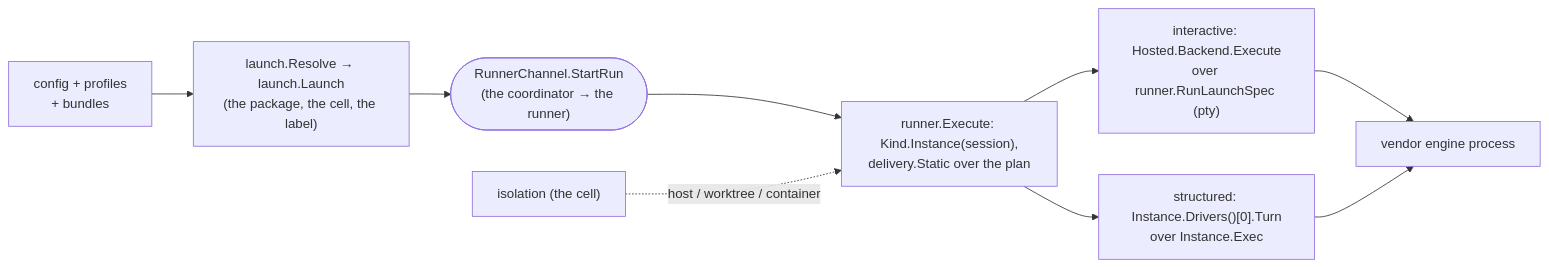
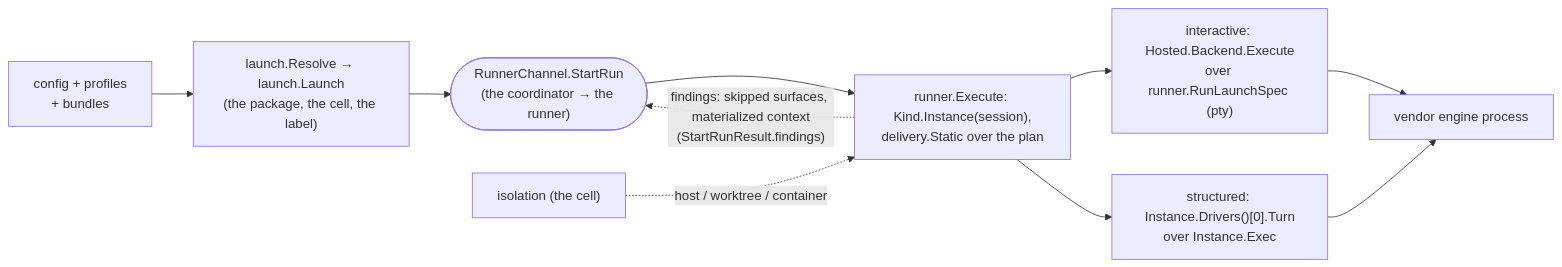
Before and after one commit to ctxloom/ctxloom: the diagram in docs/architecture/engines/README.md, drawn with Mermaid. The commit also changed other lines of this file and 2 other files, not shown here.

Commit message:
docaudit: diagrams draw the runner's findings coming back on StartRun and StartRun recording the engine version
transport.md and the engines README's launch path gain the
StartRunResult.findings return edge; launch.md's StartRun node records the
engine version through Deps.ProbeVersion. The engines README's per-engine
table has an opencode row.

````diff
--- a/docs/architecture/engines/README.md
+++ b/docs/architecture/engines/README.md
@@ -284,12 +285,13 @@
 ```mermaid
 flowchart LR
     CFG["config + profiles<br/>+ bundles"] --> LNCH["launch.Resolve → launch.Launch<br/>(the package, the cell, the label)"]
     LNCH --> CH(["RunnerChannel.StartRun<br/>(the coordinator → the runner)"])
     CH --> RUN["runner.Execute: Kind.Instance(session),<br/>delivery.Static over the plan"]
     RUN --> INT["interactive: Hosted.Backend.Execute<br/>over runner.RunLaunchSpec (pty)"]
     RUN --> STR["structured: Instance.Drivers()[0].Turn<br/>over Instance.Exec"]
+    RUN -.->|"findings: skipped surfaces, materialized context<br/>(StartRunResult.findings)"| CH
     INT --> ENG["vendor engine process"]
     STR --> ENG
 
     ISO["isolation (the cell)"] -.->|host / worktree / container| RUN
 ```
````
